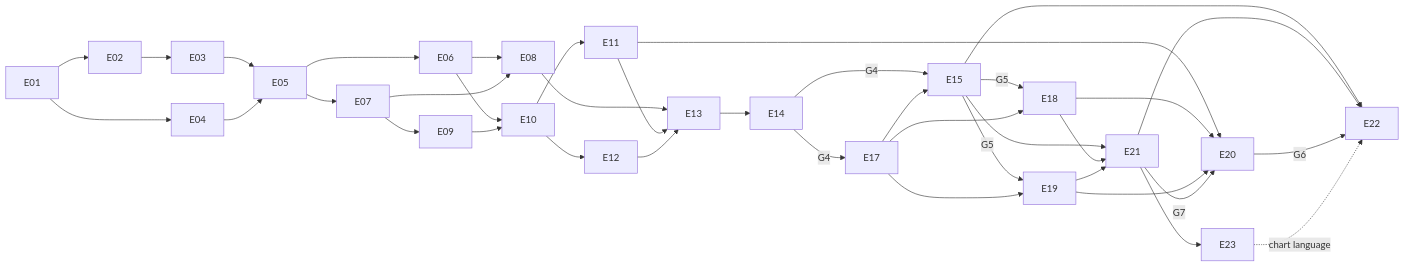
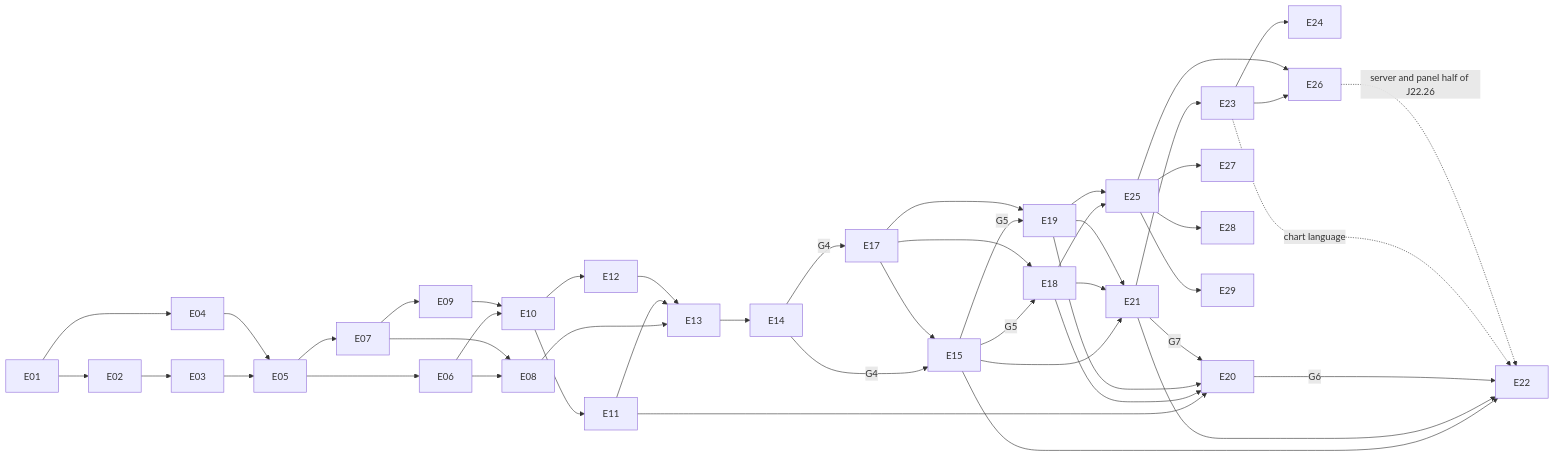
Before and after one commit to KaanEmec/vitamux: the diagram in docs/plan/README.md, drawn with Mermaid. The commit also changed other lines of this file and 39 other files, not shown here.

````diff
--- a/docs/plan/README.md
+++ b/docs/plan/README.md
@@ -49,21 +55,24 @@
 ```mermaid
 flowchart LR
   E01 --> E02 --> E03 --> E05
   E01 --> E04 --> E05
   E05 --> E06 & E07
   E06 & E07 --> E08
   E07 --> E09
   E06 & E09 --> E10 --> E11
   E10 --> E12
   E08 & E11 & E12 --> E13 --> E14
   E14 -->|G4| E15 -->|G5| E18 & E19
   E14 -->|G4| E17 --> E15
   E17 --> E18 & E19
   E11 --> E20
   E18 & E19 --> E20
   E15 & E18 & E19 --> E21
   E21 -->|G7| E20
   E15 & E21 --> E22
   E20 -->|G6| E22
   E21 --> E23 -.->|chart language| E22
+  E23 --> E24 & E26
+  E18 & E19 --> E25 --> E26 -.->|server and panel half of J22.26| E22
+  E25 --> E27 & E28 & E29
 ```
````
